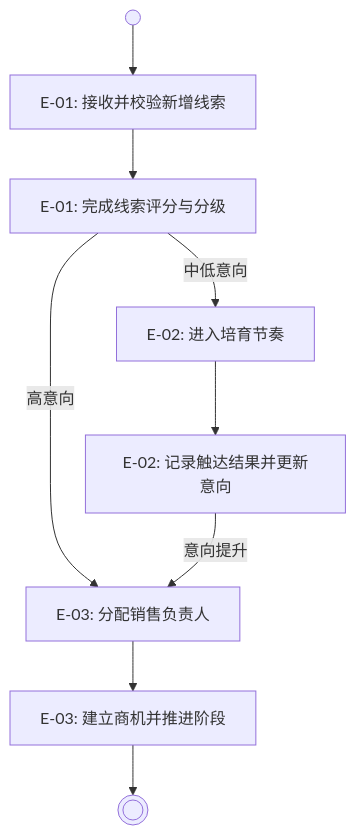
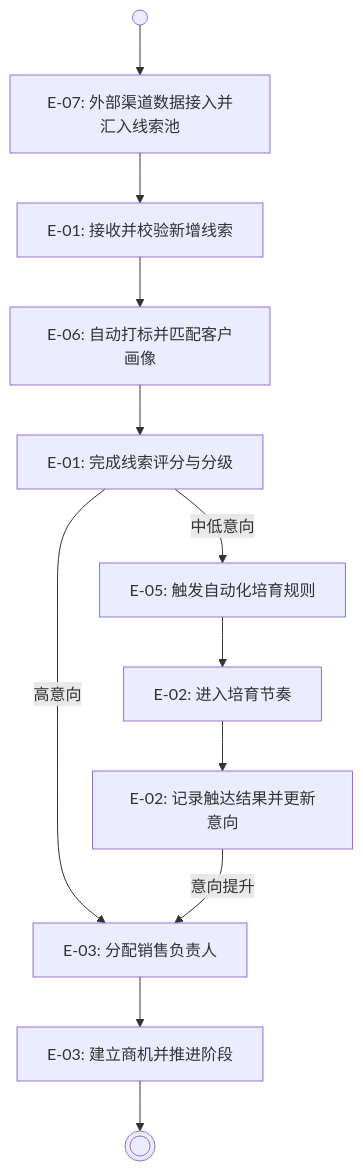
Before and after one commit to it188-networkx/crm-product: the first of 2 diagrams in requirements/structured-sales-cycle/README.md, drawn with Mermaid. The commit also changed other lines of this file and 4 other files, not shown here.

````diff
--- a/requirements/structured-sales-cycle/README.md
+++ b/requirements/structured-sales-cycle/README.md
@@ -42,11 +42,14 @@
 ```mermaid
 graph TD
-    Start(( )) --> A[E-01: 接收并校验新增线索]
-    A --> B[E-01: 完成线索评分与分级]
+    Start(( )) --> A0[E-07: 外部渠道数据接入并汇入线索池]
+    A0 --> A[E-01: 接收并校验新增线索]
+    A --> B1[E-06: 自动打标并匹配客户画像]
+    B1 --> B[E-01: 完成线索评分与分级]
     B -->|高意向| C[E-03: 分配销售负责人]
-    B -->|中低意向| D[E-02: 进入培育节奏]
+    B -->|中低意向| D1[E-05: 触发自动化培育规则]
+    D1 --> D[E-02: 进入培育节奏]
     D --> E[E-02: 记录触达结果并更新意向]
     E -->|意向提升| C
     C --> F[E-03: 建立商机并推进阶段]
     F --> End((( )))
 ```
````
